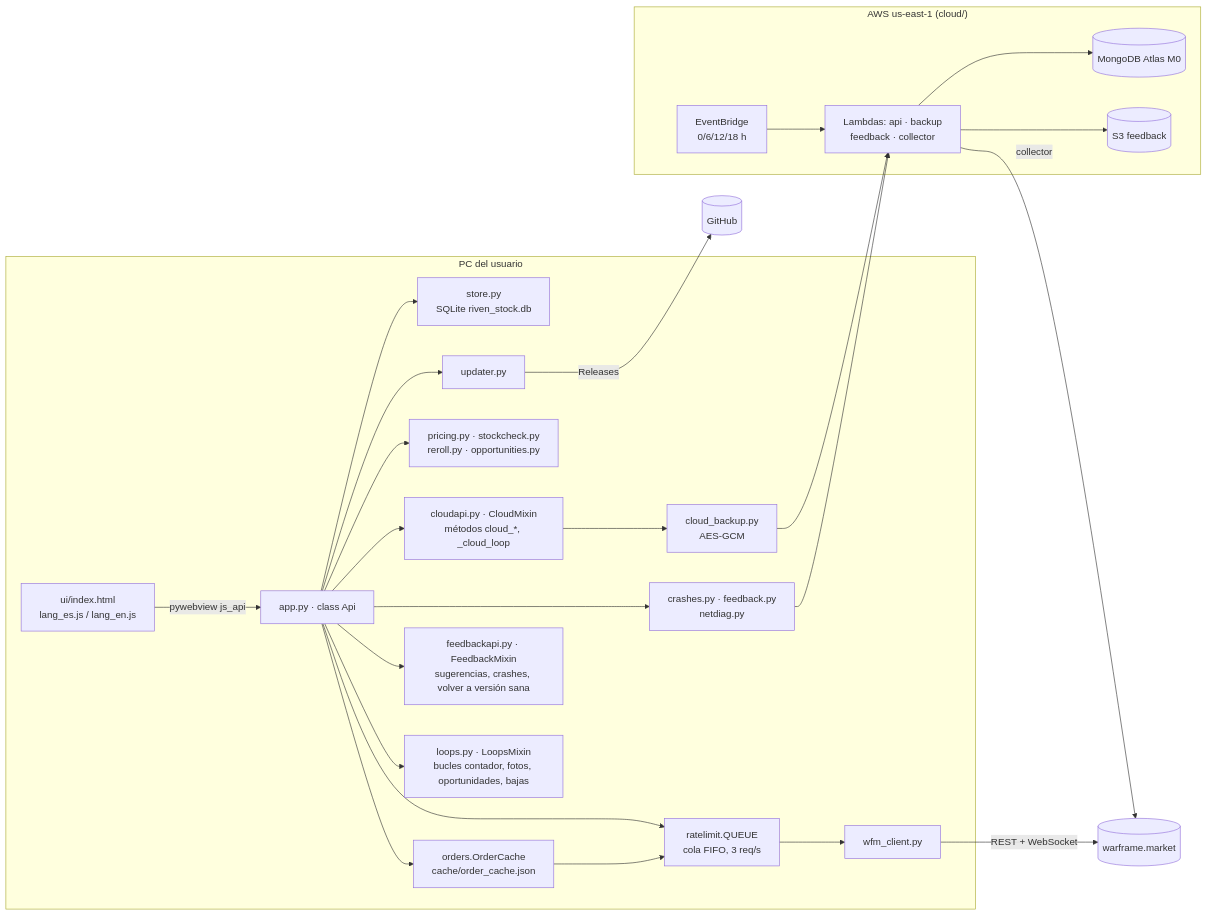
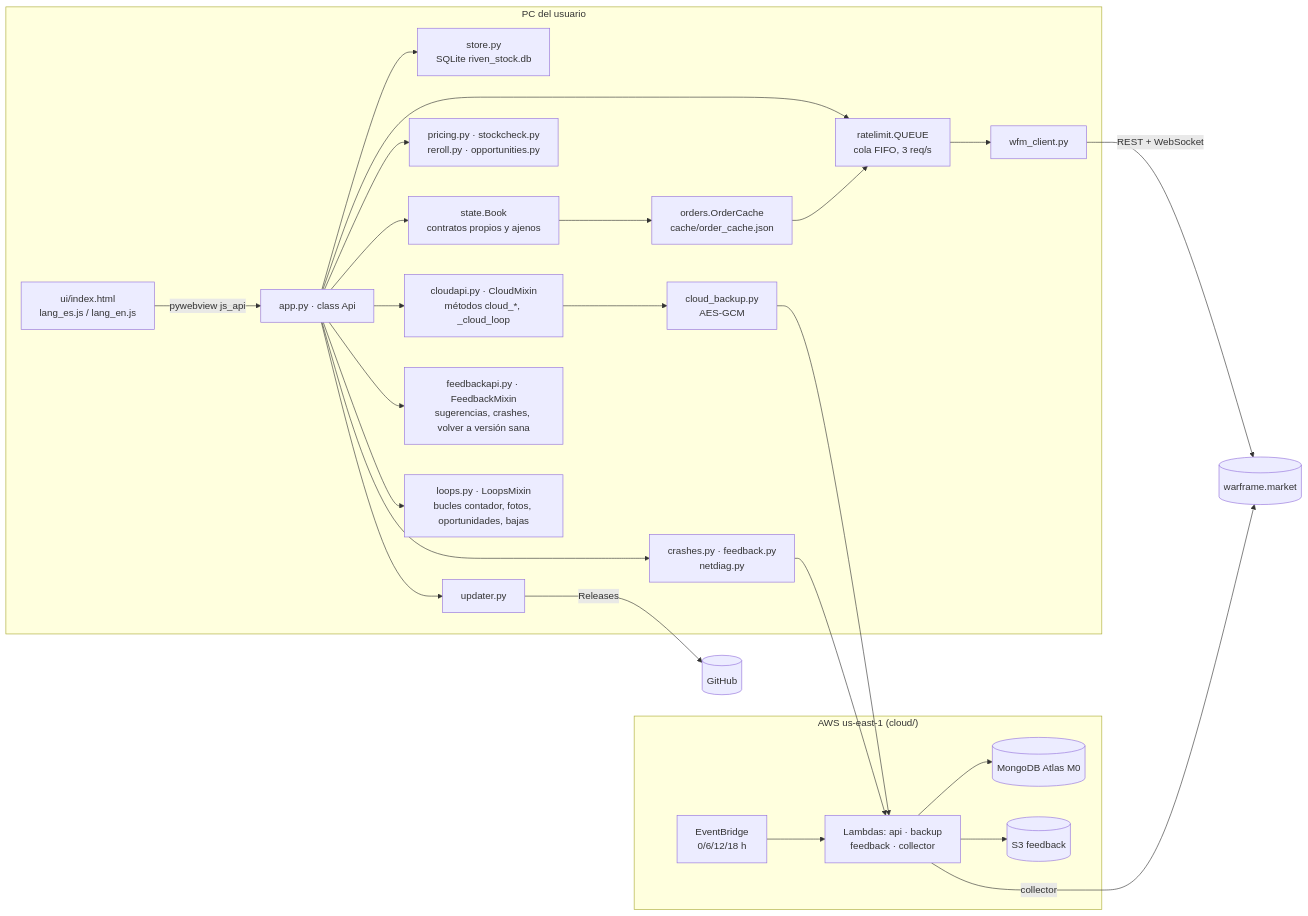
The first of 8 diagrams in docs/ARQUITECTURA.md (Franh01/riven-stock), drawn with Mermaid before and after one commit. The commit also changed other lines of this file and 6 other files, not shown here.

First line of the commit message:
Fuente unica de contratos: state.Book concentra precio, republicar, cerrar y crear

````diff
--- a/docs/ARQUITECTURA.md
+++ b/docs/ARQUITECTURA.md
@@ -9,28 +9,29 @@
 ```mermaid
 flowchart LR
     subgraph PC["PC del usuario"]
         UI["ui/index.html<br/>lang_es.js / lang_en.js"] -- "pywebview js_api" --> API["app.py · class Api"]
         API --> STORE["store.py<br/>SQLite riven_stock.db"]
-        API --> CACHE["orders.OrderCache<br/>cache/order_cache.json"]
+        API --> BOOK["state.Book<br/>contratos propios y ajenos"]
+        BOOK --> CACHE["orders.OrderCache<br/>cache/order_cache.json"]
         API --> RL["ratelimit.QUEUE<br/>cola FIFO, 3 req/s"]
         CACHE --> RL
         RL --> WFM["wfm_client.py"]
         API --> PRICING["pricing.py · stockcheck.py<br/>reroll.py · opportunities.py"]
         API --> UPD["updater.py"]
         API --> CRASH["crashes.py · feedback.py<br/>netdiag.py"]
         API --> CLAPI["cloudapi.py · CloudMixin<br/>métodos cloud_*, _cloud_loop"]
         API --> FBAPI["feedbackapi.py · FeedbackMixin<br/>sugerencias, crashes, volver a versión sana"]
         API --> LOOPS["loops.py · LoopsMixin<br/>bucles contador, fotos, oportunidades, bajas"]
         CLAPI --> CB["cloud_backup.py<br/>AES-GCM"]
     end
     WFM -- "REST + WebSocket" --> WM[("warframe.market")]
     UPD -- "Releases" --> GH[("GitHub")]
     CB --> LAM
     CRASH --> LAM
     subgraph AWS["AWS us-east-1 (cloud/)"]
         LAM["Lambdas: api · backup<br/>feedback · collector"] --> MONGO[("MongoDB Atlas M0")]
         LAM --> S3[("S3 feedback")]
         EB["EventBridge<br/>0/6/12/18 h"] --> LAM
     end
     LAM -- "collector" --> WM
 ```
````
